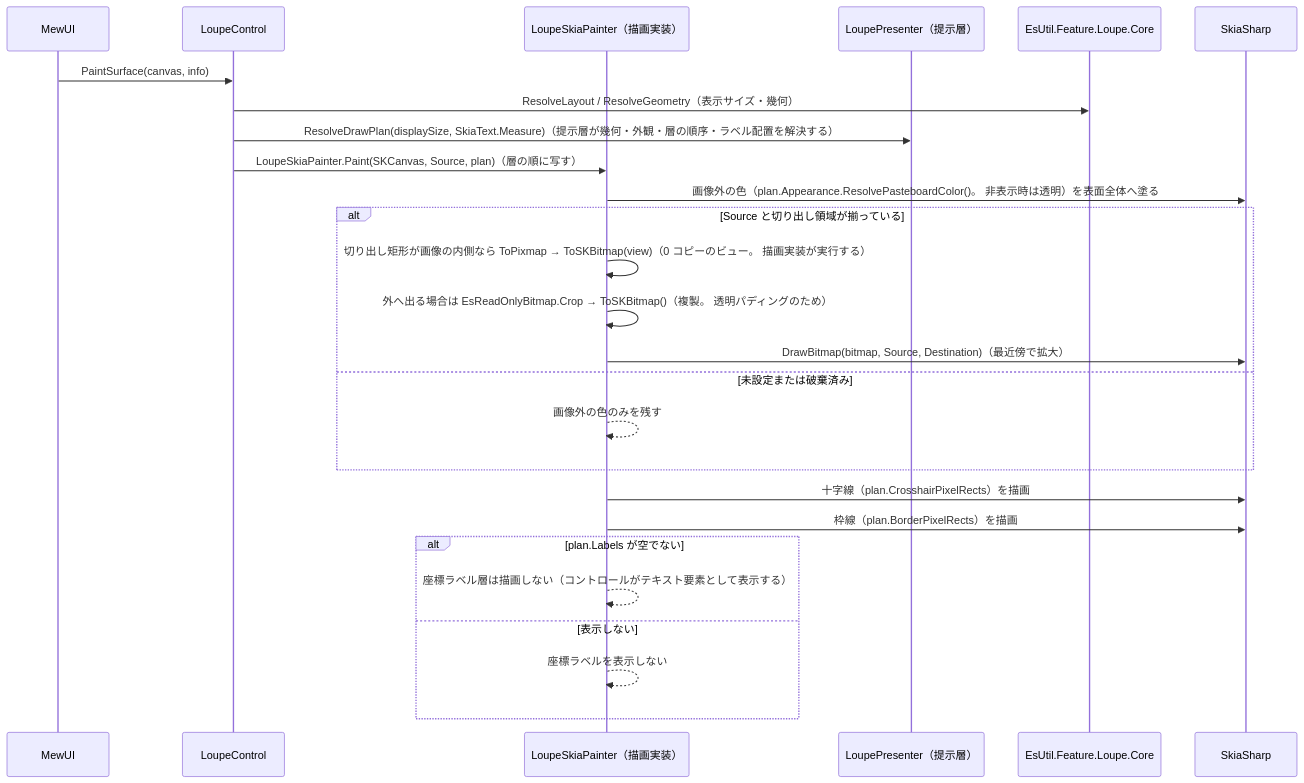
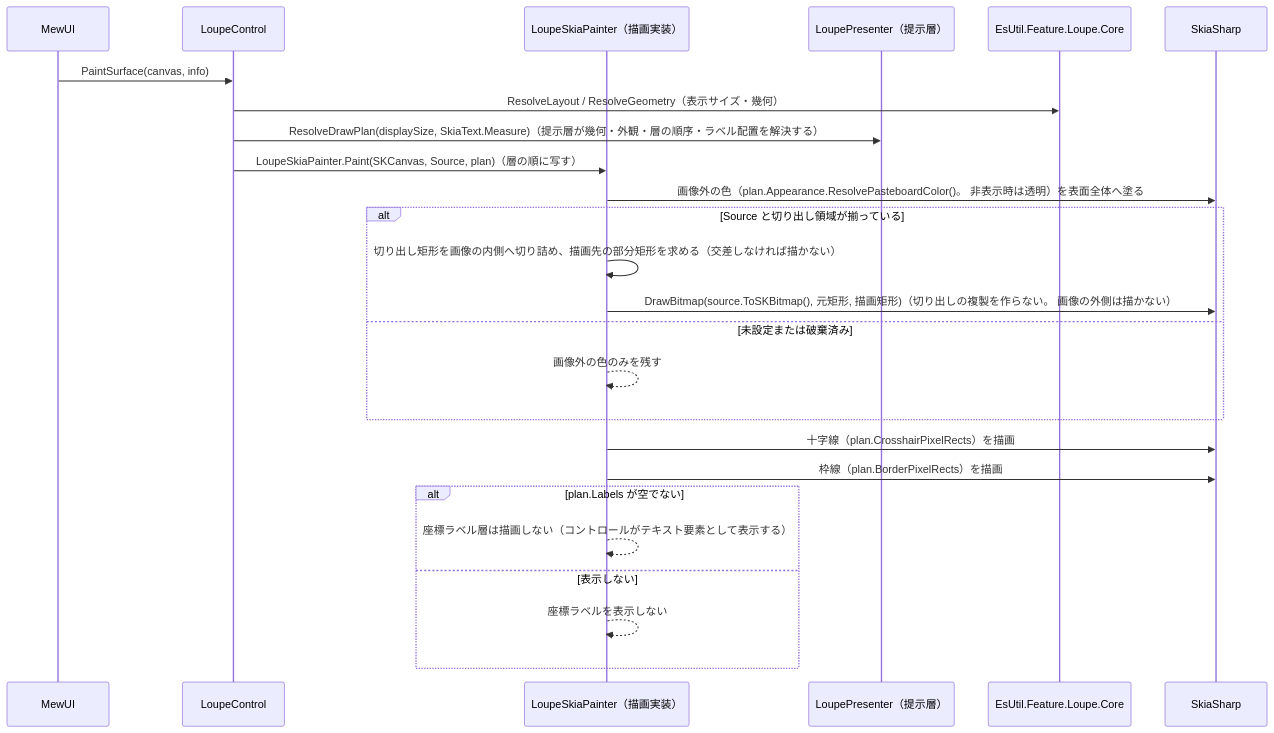
One commit to tomokuni/SaveEvidence changed the second of 2 diagrams in src/EsUtil.Feature.Loupe.ControlMewUI/docs/SPEC_System.md. Above: the diagram before and after it, drawn with Mermaid. The commit also changed other lines of this file and 5 other files, not shown here.

````diff
--- a/src/EsUtil.Feature.Loupe.ControlMewUI/docs/SPEC_System.md
+++ b/src/EsUtil.Feature.Loupe.ControlMewUI/docs/SPEC_System.md
@@ -218,29 +218,28 @@
 ```mermaid
 sequenceDiagram
     participant MW as MewUI
     participant LC as LoupeControl
     participant R as LoupeSkiaPainter（描画実装）
     participant P as LoupePresenter（提示層）
     participant C as EsUtil.Feature.Loupe.Core
     participant SK as SkiaSharp
 
     MW->>LC: PaintSurface(canvas, info)
     LC->>C: ResolveLayout / ResolveGeometry（表示サイズ・幾何）
     LC->>P: ResolveDrawPlan(displaySize, SkiaText.Measure)（提示層が幾何・外観・層の順序・ラベル配置を解決する）
     LC->>R: LoupeSkiaPainter.Paint(SKCanvas, Source, plan)（層の順に写す）
     R->>SK: 画像外の色（plan.Appearance.ResolvePasteboardColor()。 非表示時は透明）を表面全体へ塗る
     alt Source と切り出し領域が揃っている
-        R->>R: 切り出し矩形が画像の内側なら ToPixmap → ToSKBitmap(view)（0 コピーのビュー。 描画実装が実行する）
-        R->>R: 外へ出る場合は EsReadOnlyBitmap.Crop → ToSKBitmap()（複製。 透明パディングのため）
-        R->>SK: DrawBitmap(bitmap, Source, Destination)（最近傍で拡大）
+        R->>R: 切り出し矩形を画像の内側へ切り詰め、描画先の部分矩形を求める（交差しなければ描かない）
+        R->>SK: DrawBitmap(source.ToSKBitmap(), 元矩形, 描画矩形)（切り出しの複製を作らない。 画像の外側は描かない）
     else 未設定または破棄済み
         R-->>R: 画像外の色のみを残す
     end
     R->>SK: 十字線（plan.CrosshairPixelRects）を描画
     R->>SK: 枠線（plan.BorderPixelRects）を描画
     alt plan.Labels が空でない
         R-->>R: 座標ラベル層は描画しない（コントロールがテキスト要素として表示する）
     else 表示しない
         R-->>R: 座標ラベルを表示しない
     end
 ```
````
